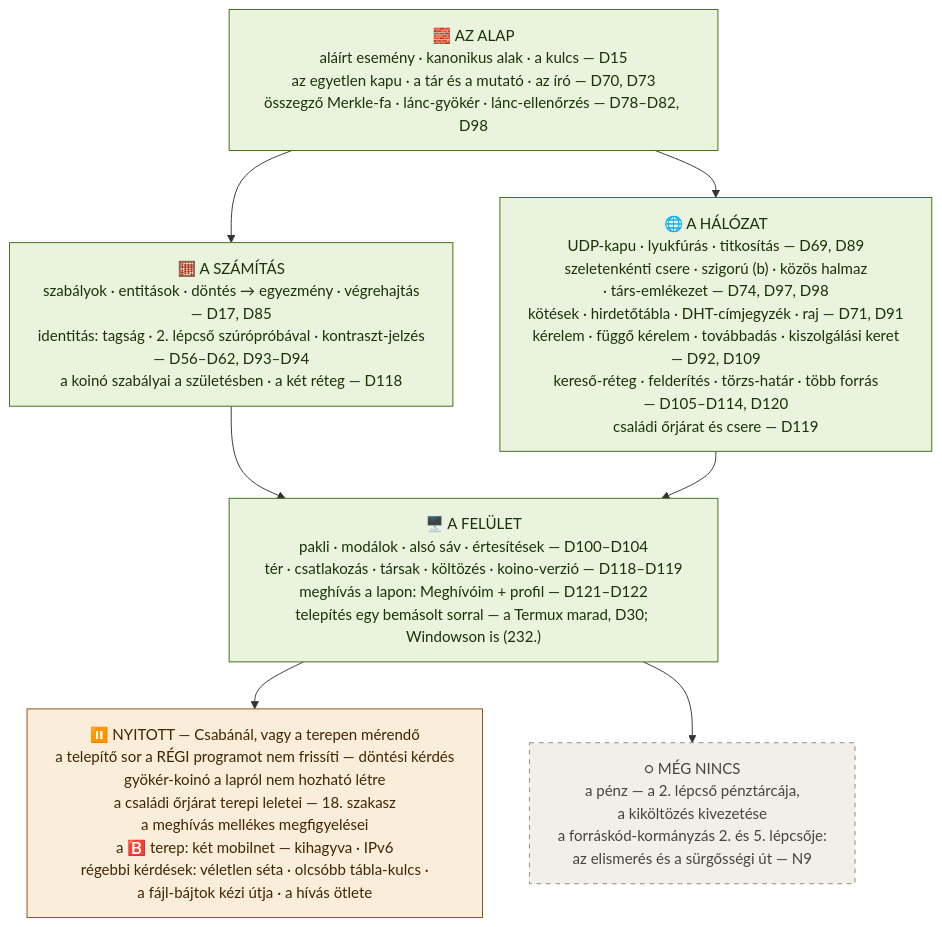
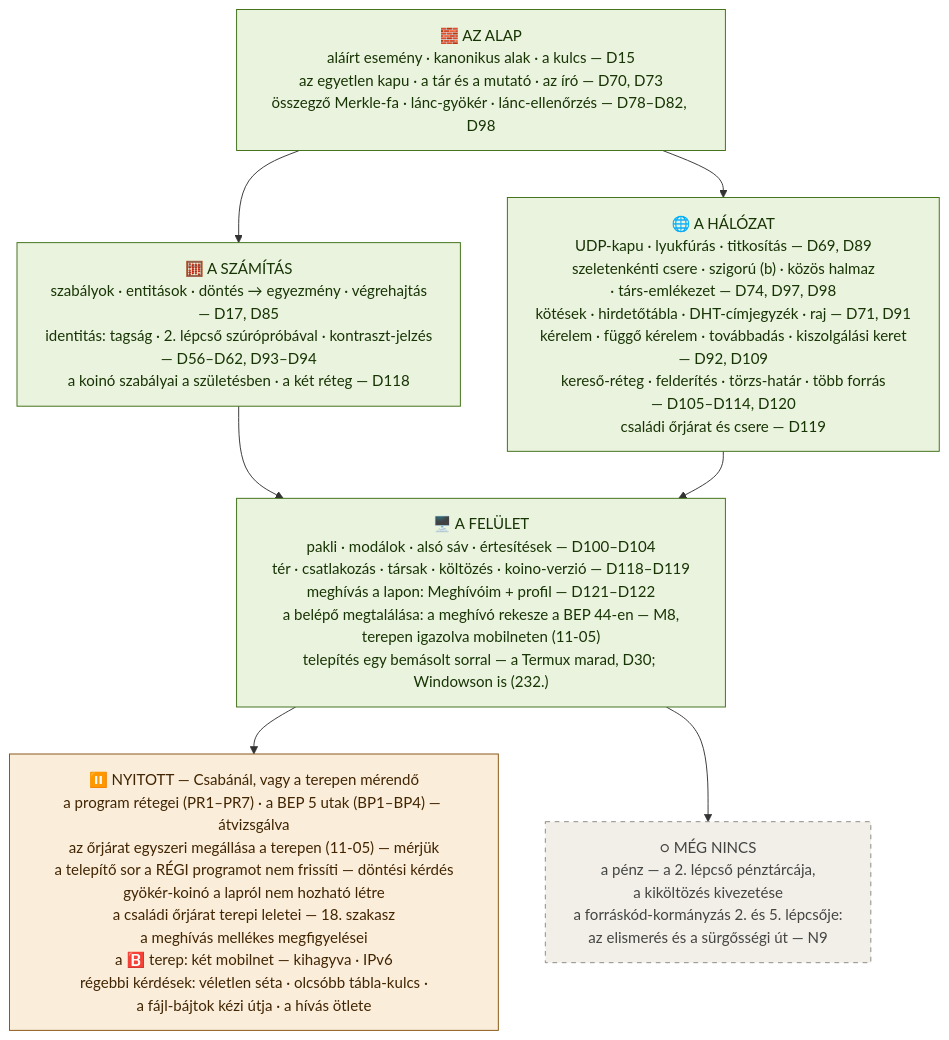
The eighth of 8 diagrams in docs/folyamatabra.md (Biszt/koino_1.1), drawn with Mermaid before and after one commit. The commit also changed other lines of this file and 8 other files, not shown here.

````diff
--- a/docs/folyamatabra.md
+++ b/docs/folyamatabra.md
@@ -374,23 +374,23 @@
 ```mermaid
 %%{init: {"flowchart": {"wrappingWidth": 460}}}%%
 flowchart TB
     ALAP["🧱 AZ ALAP<br/>aláírt esemény · kanonikus alak · a kulcs — D15<br/>az egyetlen kapu · a tár és a mutató · az író — D70, D73<br/>összegző Merkle-fa · lánc-gyökér · lánc-ellenőrzés — D78–D82, D98"]
     SZAM["🧮 A SZÁMÍTÁS<br/>szabályok · entitások · döntés → egyezmény · végrehajtás<br/>— D17, D85<br/>identitás: tagság · 2. lépcső szúrópróbával · kontraszt-jelzés<br/>— D56–D62, D93–D94<br/>a koinó szabályai a születésben · a két réteg — D118"]
     HAL["🌐 A HÁLÓZAT<br/>UDP-kapu · lyukfúrás · titkosítás — D69, D89<br/>szeletenkénti csere · szigorú (b) · közös halmaz<br/>· társ-emlékezet — D74, D97, D98<br/>kötések · hirdetőtábla · DHT-címjegyzék · raj — D71, D91<br/>kérelem · függő kérelem · továbbadás · kiszolgálási keret<br/>— D92, D109<br/>kereső-réteg · felderítés · törzs-határ · több forrás<br/>— D105–D114, D120<br/>családi őrjárat és csere — D119"]
-    FEL["🖥️ A FELÜLET<br/>pakli · modálok · alsó sáv · értesítések — D100–D104<br/>tér · csatlakozás · társak · költözés · koino-verzió — D118–D119<br/>meghívás a lapon: Meghívóim + profil — D121–D122<br/>telepítés egy bemásolt sorral — a Termux marad, D30; Windowson is (232.)"]
-    NY["⏸️ NYITOTT — Csabánál, vagy a terepen mérendő<br/>a telepítő sor a RÉGI programot nem frissíti — döntési kérdés<br/>gyökér-koinó a lapról nem hozható létre<br/>a családi őrjárat terepi leletei — 18. szakasz<br/>a meghívás mellékes megfigyelései<br/>a 🅱️ terep: két mobilnet — kihagyva · IPv6<br/>régebbi kérdések: véletlen séta · olcsóbb tábla-kulcs ·<br/>a fájl-bájtok kézi útja · a hívás ötlete"]
+    FEL["🖥️ A FELÜLET<br/>pakli · modálok · alsó sáv · értesítések — D100–D104<br/>tér · csatlakozás · társak · költözés · koino-verzió — D118–D119<br/>meghívás a lapon: Meghívóim + profil — D121–D122<br/>a belépő megtalálása: a meghívó rekesze a BEP 44-en — M8,<br/>terepen igazolva mobilneten (11-05)<br/>telepítés egy bemásolt sorral — a Termux marad, D30; Windowson is (232.)"]
+    NY["⏸️ NYITOTT — Csabánál, vagy a terepen mérendő<br/>a program rétegei (PR1–PR7) · a BEP 5 utak (BP1–BP4) — átvizsgálva<br/>az őrjárat egyszeri megállása a terepen (11-05) — mérjük<br/>a telepítő sor a RÉGI programot nem frissíti — döntési kérdés<br/>gyökér-koinó a lapról nem hozható létre<br/>a családi őrjárat terepi leletei — 18. szakasz<br/>a meghívás mellékes megfigyelései<br/>a 🅱️ terep: két mobilnet — kihagyva · IPv6<br/>régebbi kérdések: véletlen séta · olcsóbb tábla-kulcs ·<br/>a fájl-bájtok kézi útja · a hívás ötlete"]
     NI["○ MÉG NINCS<br/>a pénz — a 2. lépcső pénztárcája,<br/>a kiköltözés kivezetése<br/>a forráskód-kormányzás 2. és 5. lépcsője:<br/>az elismerés és a sürgősségi út — N9"]
     ALAP --> SZAM
     ALAP --> HAL
     SZAM --> FEL
     HAL --> FEL
     FEL --> NY
     FEL --> NI
 
     classDef kesz fill:#EAF3DE,stroke:#3B6D11,color:#173404
     classDef nyitott fill:#FAEEDA,stroke:#854F0B,color:#412402
     classDef nincs fill:#F1EFE8,stroke:#888780,color:#444441,stroke-dasharray:5 5
     class ALAP,SZAM,HAL,FEL kesz
     class NY nyitott
     class NI nincs
 ```
````
